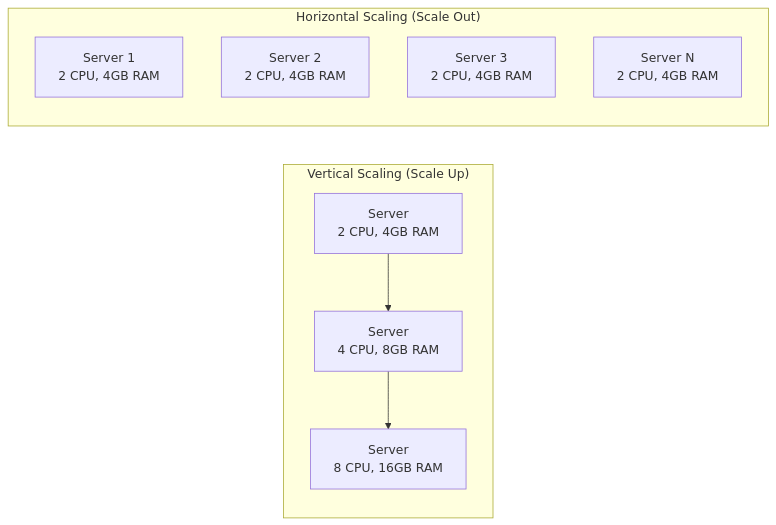
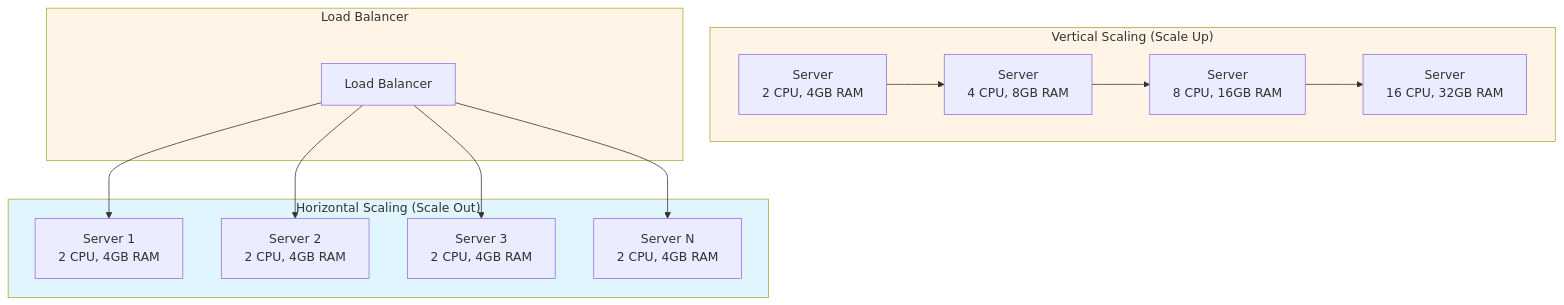
Before and after one commit to iouthnamain/tech-note: the second of 16 diagrams in Developer-Guides/SYSTEM_DESIGN_GUIDE_COMPREHENSIVE.md, drawn with Mermaid. The commit also changed other lines of this file and 68 other files, not shown here.

````diff
--- a/Developer-Guides/SYSTEM_DESIGN_GUIDE_COMPREHENSIVE.md
+++ b/Developer-Guides/SYSTEM_DESIGN_GUIDE_COMPREHENSIVE.md
@@ -122,14 +198,28 @@
 ```mermaid
-graph LR
+graph TB
     subgraph Vertical["Vertical Scaling (Scale Up)"]
         V1[Server<br/>2 CPU, 4GB RAM] --> V2[Server<br/>4 CPU, 8GB RAM]
         V2 --> V3[Server<br/>8 CPU, 16GB RAM]
+        V3 --> V4[Server<br/>16 CPU, 32GB RAM]
     end
     
     subgraph Horizontal["Horizontal Scaling (Scale Out)"]
         H1[Server 1<br/>2 CPU, 4GB RAM]
         H2[Server 2<br/>2 CPU, 4GB RAM]
         H3[Server 3<br/>2 CPU, 4GB RAM]
         H4[Server N<br/>2 CPU, 4GB RAM]
     end
+    
+    subgraph LoadBalancer[Load Balancer]
+        LB[Load Balancer]
+    end
+    
+    LB --> H1
+    LB --> H2
+    LB --> H3
+    LB --> H4
+    
+    style Vertical fill:#fff4e6
+    style Horizontal fill:#e1f5ff
+    style LoadBalancer fill:#fff4e6
 ```
````
